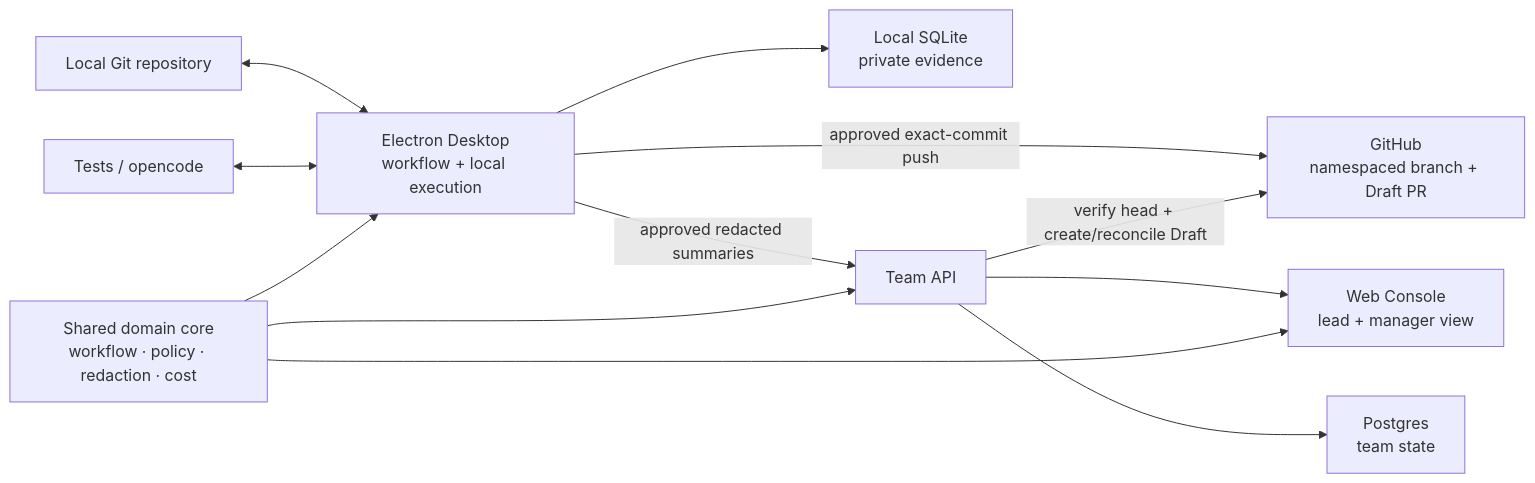
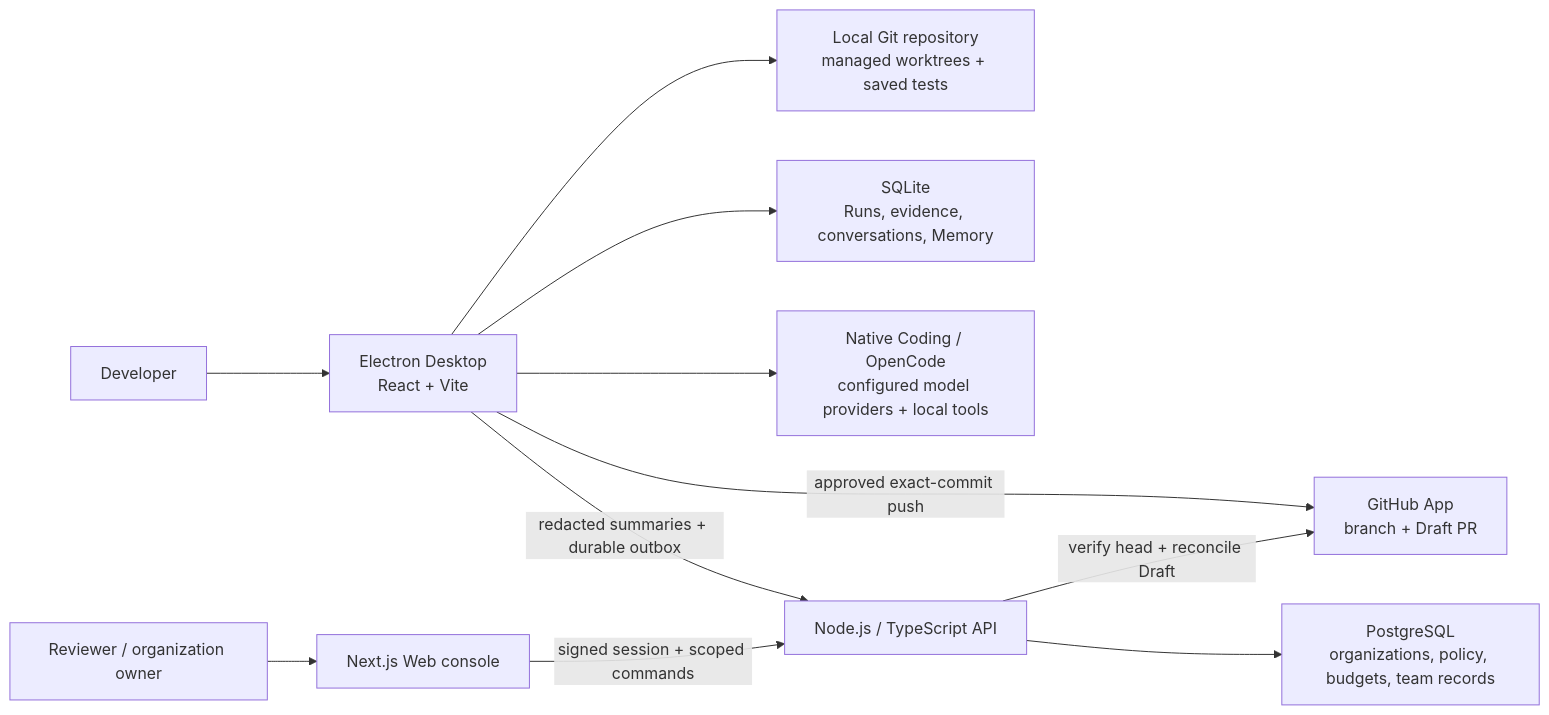
Before and after one commit to erich04/ai-devflow-studio: the diagram in README.md, drawn with Mermaid. The commit also changed other lines of this file and 6 other files, not shown here.

````diff
--- a/README.md
+++ b/README.md
@@ -134,14 +71,13 @@
 ```mermaid
 flowchart LR
-    Repo["Local Git repository"] <--> Desktop["Electron Desktop<br/>workflow + local execution"]
-    Runtime["Tests / opencode"] <--> Desktop
-    Desktop --> SQLite["Local SQLite<br/>private evidence"]
-    Desktop -- "approved redacted summaries" --> API["Team API"]
-    API --> Postgres["Postgres<br/>team state"]
-    API --> Web["Web Console<br/>lead + manager view"]
-    Desktop -- "approved exact-commit push" --> GitHub["GitHub<br/>namespaced branch + Draft PR"]
-    API -- "verify head + create/reconcile Draft" --> GitHub
-    Core["Shared domain core<br/>workflow · policy · redaction · cost"] --> Desktop
-    Core --> API
-    Core --> Web
+    Developer["Developer"] --> Desktop["Electron Desktop<br/>React + Vite"]
+    Desktop --> Local["Local Git repository<br/>managed worktrees + saved tests"]
+    Desktop --> SQLite["SQLite<br/>Runs, evidence, conversations, Memory"]
+    Desktop --> Execution["Native Coding / OpenCode<br/>configured model providers + local tools"]
+    Desktop -- "redacted summaries + durable outbox" --> API["Node.js / TypeScript API"]
+    Reviewer["Reviewer / organization owner"] --> Web["Next.js Web console"]
+    Web -- "signed session + scoped commands" --> API
+    API --> Postgres["PostgreSQL<br/>organizations, policy, budgets, team records"]
+    Desktop -- "approved exact-commit push" --> GitHub["GitHub App<br/>branch + Draft PR"]
+    API -- "verify head + reconcile Draft" --> GitHub
 ```
````
